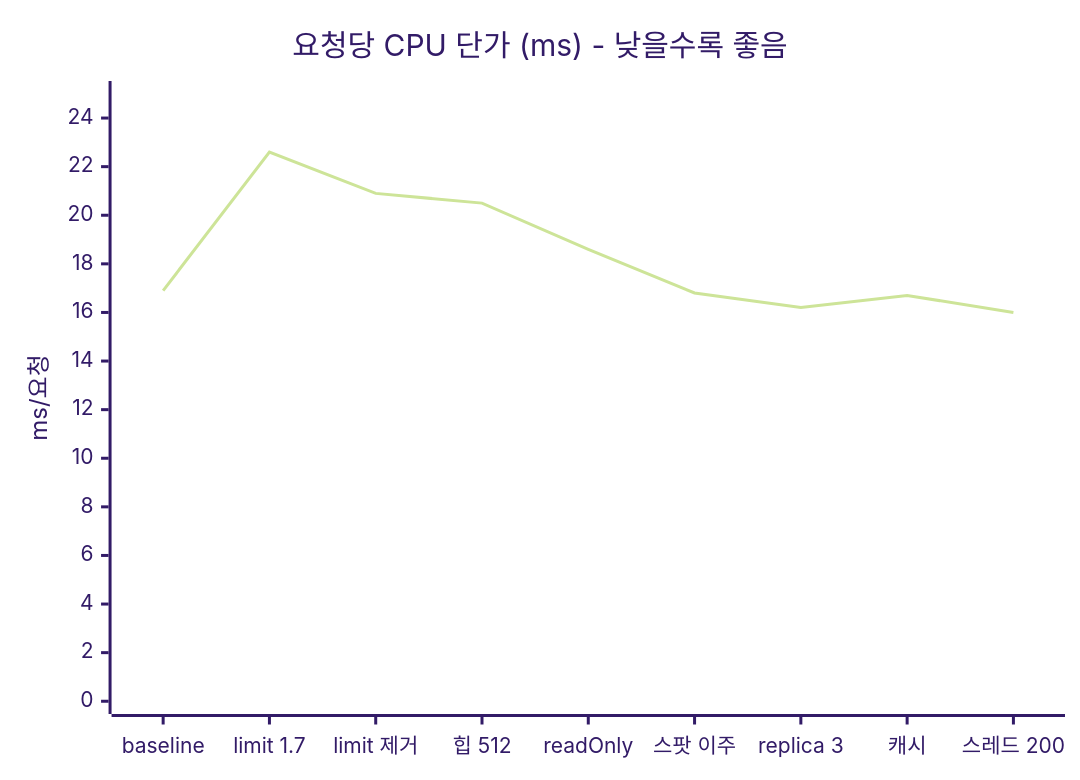
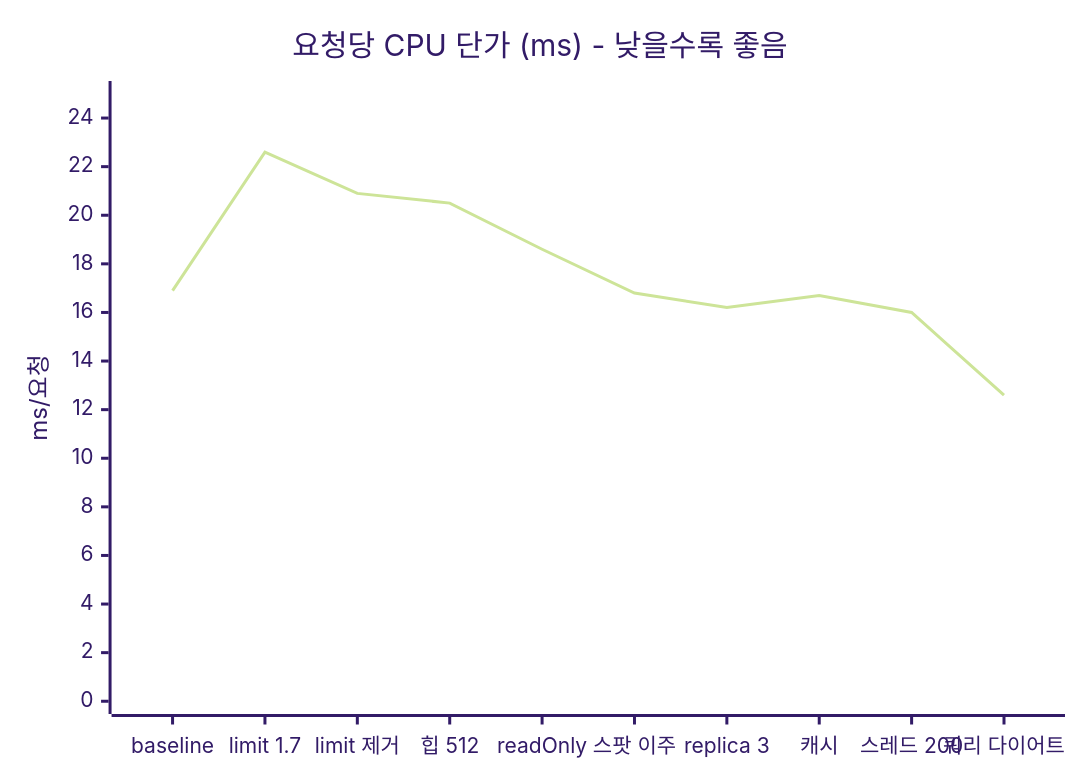
Before and after one commit to Minchae0322/yogurtte-rca-agent: the second of 4 diagrams in autoscaling/loadtest/results/04-콘텐츠폭주/README.md, drawn with Mermaid (forest theme). The commit also changed other lines of this file and 13 other files, not shown here.

````diff
--- a/autoscaling/loadtest/results/04-콘텐츠폭주/README.md
+++ b/autoscaling/loadtest/results/04-콘텐츠폭주/README.md
@@ -18,7 +18,7 @@
 ```mermaid
 xychart-beta
     title "요청당 CPU 단가 (ms) - 낮을수록 좋음"
-    x-axis ["baseline", "limit 1.7", "limit 제거", "힙 512", "readOnly", "스팟 이주", "replica 3", "캐시", "스레드 200"]
+    x-axis ["baseline", "limit 1.7", "limit 제거", "힙 512", "readOnly", "스팟 이주", "replica 3", "캐시", "스레드 200", "쿼리 다이어트"]
     y-axis "ms/요청" 0 --> 25
-    line [16.9, 22.6, 20.9, 20.5, 18.6, 16.8, 16.2, 16.7, 16.0]
+    line [16.9, 22.6, 20.9, 20.5, 18.6, 16.8, 16.2, 16.7, 16.0, 12.6]
 ```
````
